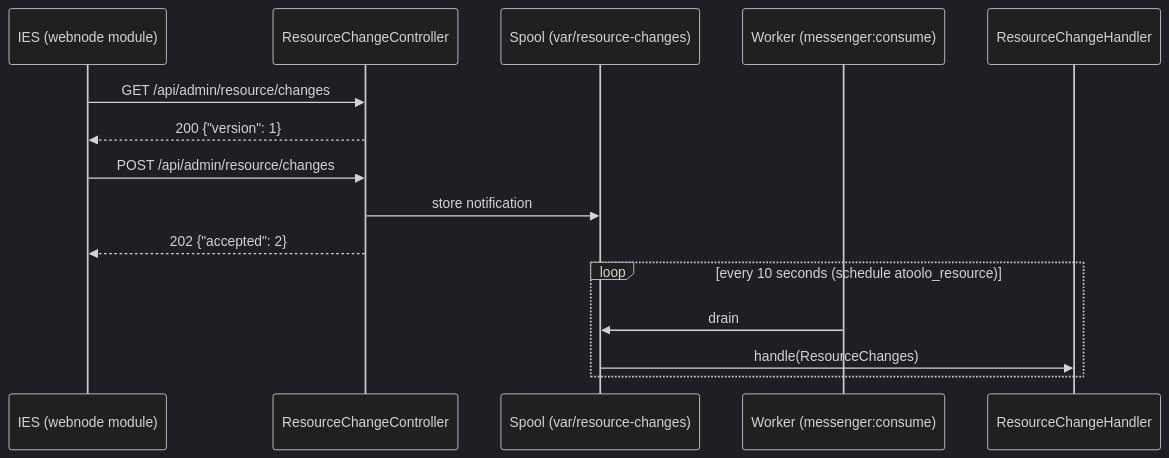
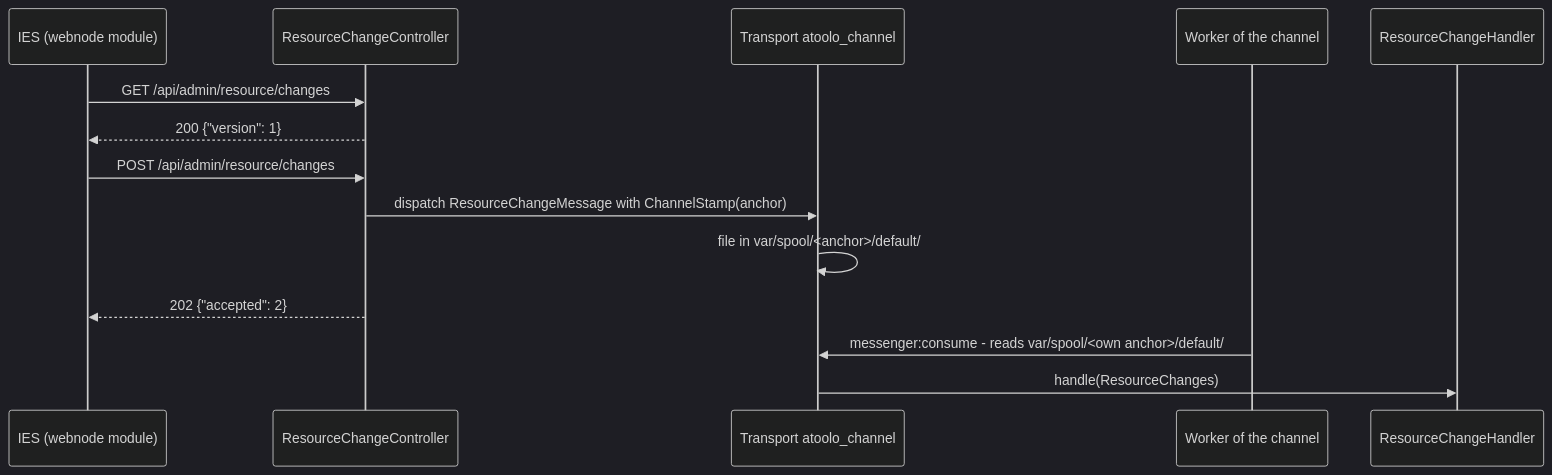
The diagram in docs/develop/bundles/resource.md (sitepark/atoolo-docs), drawn with Mermaid (dark theme) before and after one commit. The commit also changed other lines of this file and 2 other files, not shown here.

First line of the commit message:
docs: describe the channel transport and a worker per channel

````diff
--- a/docs/develop/bundles/resource.md
+++ b/docs/develop/bundles/resource.md
@@ -256,17 +256,16 @@
 ```mermaid
 sequenceDiagram
     participant IES as IES (webnode module)
     participant C as ResourceChangeController
-    participant S as Spool (var/resource-changes)
-    participant W as Worker (messenger:consume)
+    participant T as Transport atoolo_channel
+    participant W as Worker of the channel
     participant H as ResourceChangeHandler
     IES->>C: GET /api/admin/resource/changes
     C-->>IES: 200 {"version": 1}
     IES->>C: POST /api/admin/resource/changes
-    C->>S: store notification
+    C->>T: dispatch ResourceChangeMessage with ChannelStamp(anchor)
+    T->>T: file in var/spool/<anchor>/default/
     C-->>IES: 202 {"accepted": 2}
-    loop every 10 seconds (schedule atoolo_resource)
-        W->>S: drain
-        S->>H: handle(ResourceChanges)
-    end
+    W->>T: messenger:consume - reads var/spool/<own anchor>/default/
+    T->>H: handle(ResourceChanges)
 ```
````
